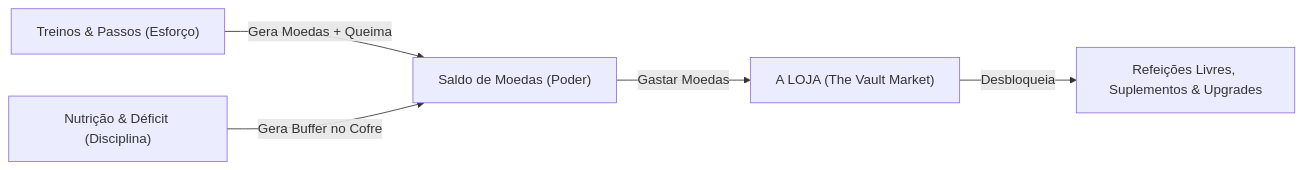
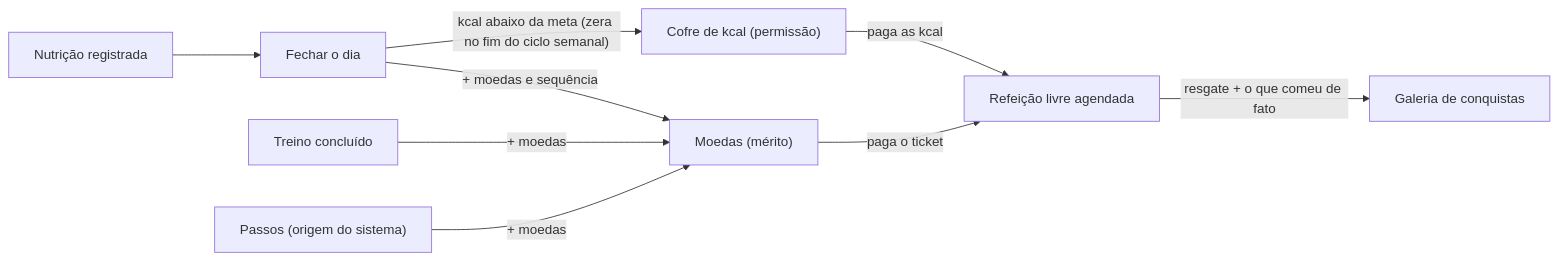
Before and after one commit to SchweetzzZ/RPG-LIFE: the diagram in .agents/skills/rpg-life-ui-engine/SKILL.md, drawn with Mermaid. The commit also changed other lines of this file and 25 other files, not shown here.

````diff
--- a/.agents/skills/rpg-life-ui-engine/SKILL.md
+++ b/.agents/skills/rpg-life-ui-engine/SKILL.md
@@ -48,7 +48,11 @@
 ```mermaid
 graph LR
-    A["Treinos & Passos (Esforço)"] -->|"Gera Moedas + Queima"| C["Saldo de Moedas (Poder)"]
-    B["Nutrição & Déficit (Disciplina)"] -->|"Gera Buffer no Cofre"| C
-    C -->|"Gastar Moedas"| D["A LOJA (The Vault Market)"]
-    D -->|"Desbloqueia"| E["Refeições Livres, Suplementos & Upgrades"]
+    N["Nutrição registrada"] --> F["Fechar o dia"]
+    T["Treino concluído"] -->|"+ moedas"| M["Moedas (mérito)"]
+    P["Passos (origem do sistema)"] -->|"+ moedas"| M
+    F -->|"kcal abaixo da meta (zera no fim do ciclo semanal)"| V["Cofre de kcal (permissão)"]
+    F -->|"+ moedas e sequência"| M
+    V -->|"paga as kcal"| R["Refeição livre agendada"]
+    M -->|"paga o ticket"| R
+    R -->|"resgate + o que comeu de fato"| G["Galeria de conquistas"]
 ```
````
